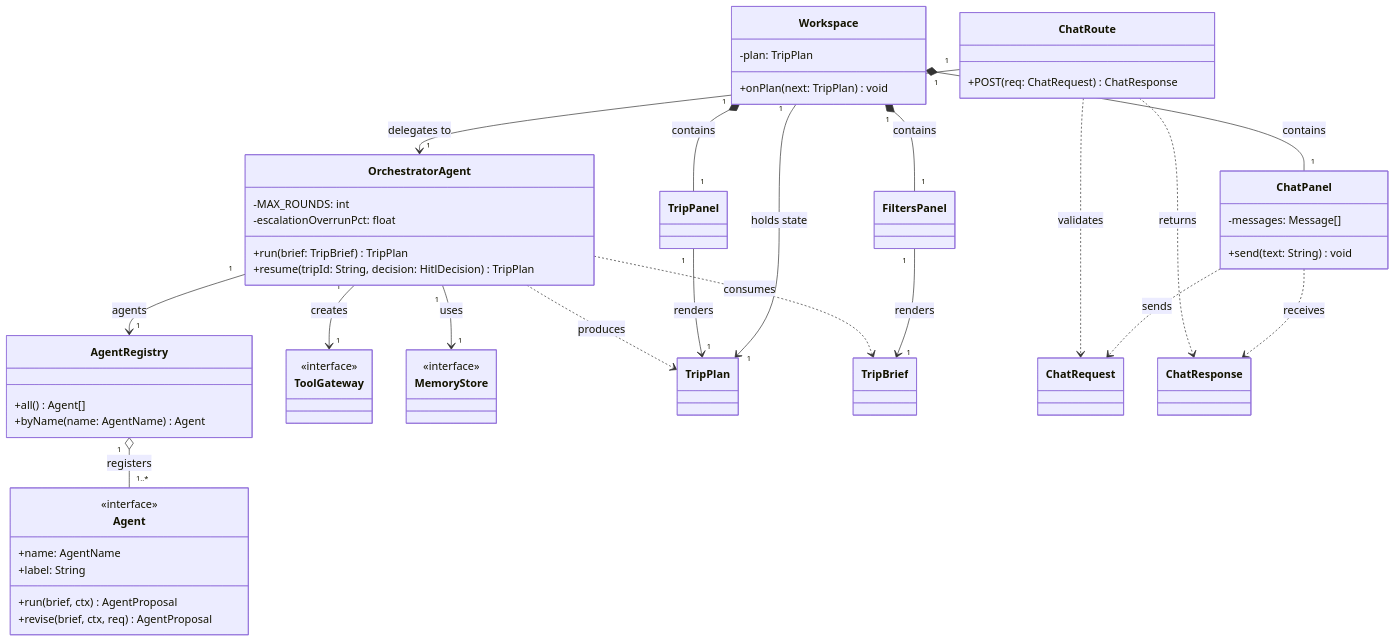
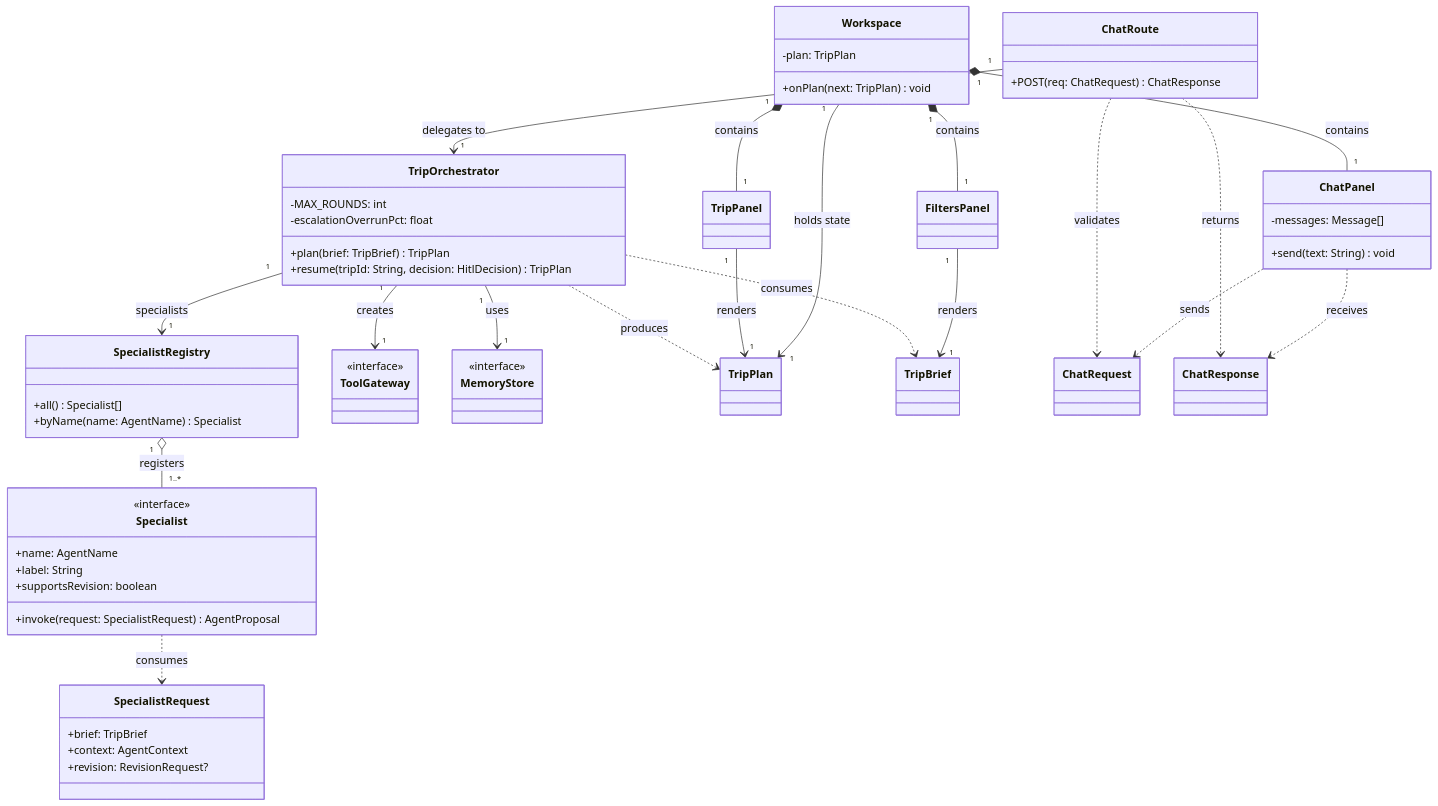
One commit to HeadmasterEggy/AI_TRIP_PLANNER changed the first of 5 diagrams in docs/class-diagram.md. Above: the diagram before and after it, drawn with Mermaid. The commit also changed other lines of this file and 3 other files, not shown here.

Commit message:
docs: redraw specialist architecture diagrams

````diff
--- a/docs/class-diagram.md
+++ b/docs/class-diagram.md
@@ -36,60 +36,66 @@
 ```mermaid
 classDiagram
   direction TB
   class ChatRoute {
     +POST(req: ChatRequest) ChatResponse
   }
   class Workspace {
     -plan: TripPlan
     +onPlan(next: TripPlan) void
   }
   class ChatPanel {
     -messages: Message[]
     +send(text: String) void
   }
   class FiltersPanel
   class TripPanel
-  class OrchestratorAgent {
+  class TripOrchestrator {
     -MAX_ROUNDS: int
     -escalationOverrunPct: float
-    +run(brief: TripBrief) TripPlan
+    +plan(brief: TripBrief) TripPlan
     +resume(tripId: String, decision: HitlDecision) TripPlan
   }
-  class AgentRegistry {
-    +all() Agent[]
-    +byName(name: AgentName) Agent
+  class SpecialistRegistry {
+    +all() Specialist[]
+    +byName(name: AgentName) Specialist
   }
-  class Agent {
+  class Specialist {
     <<interface>>
     +name: AgentName
     +label: String
-    +run(brief, ctx) AgentProposal
-    +revise(brief, ctx, req) AgentProposal
+    +supportsRevision: boolean
+    +invoke(request: SpecialistRequest) AgentProposal
+  }
+  class SpecialistRequest {
+    +brief: TripBrief
+    +context: AgentContext
+    +revision: RevisionRequest?
   }
   class ToolGateway {
     <<interface>>
   }
   class MemoryStore {
     <<interface>>
   }
 
   Workspace "1" *-- "1" FiltersPanel : contains
   Workspace "1" *-- "1" ChatPanel : contains
   Workspace "1" *-- "1" TripPanel : contains
   Workspace "1" --> "1" TripPlan : holds state
   FiltersPanel "1" --> "1" TripBrief : renders
   TripPanel "1" --> "1" TripPlan : renders
   ChatPanel ..> ChatRequest : sends
   ChatPanel ..> ChatResponse : receives
 
   ChatRoute ..> ChatRequest : validates
   ChatRoute ..> ChatResponse : returns
-  ChatRoute "1" --> "1" OrchestratorAgent : delegates to
+  ChatRoute "1" --> "1" TripOrchestrator : delegates to
 
-  OrchestratorAgent "1" --> "1" AgentRegistry : agents
-  OrchestratorAgent "1" --> "1" ToolGateway : creates
-  OrchestratorAgent "1" --> "1" MemoryStore : uses
-  OrchestratorAgent ..> TripBrief : consumes
-  OrchestratorAgent ..> TripPlan : produces
-  AgentRegistry "1" o-- "1..*" Agent : registers
+  TripOrchestrator "1" --> "1" SpecialistRegistry : specialists
+  TripOrchestrator "1" --> "1" ToolGateway : creates
+  TripOrchestrator "1" --> "1" MemoryStore : uses
+  TripOrchestrator ..> TripBrief : consumes
+  TripOrchestrator ..> TripPlan : produces
+  SpecialistRegistry "1" o-- "1..*" Specialist : registers
+  Specialist ..> SpecialistRequest : consumes
 ```
````
